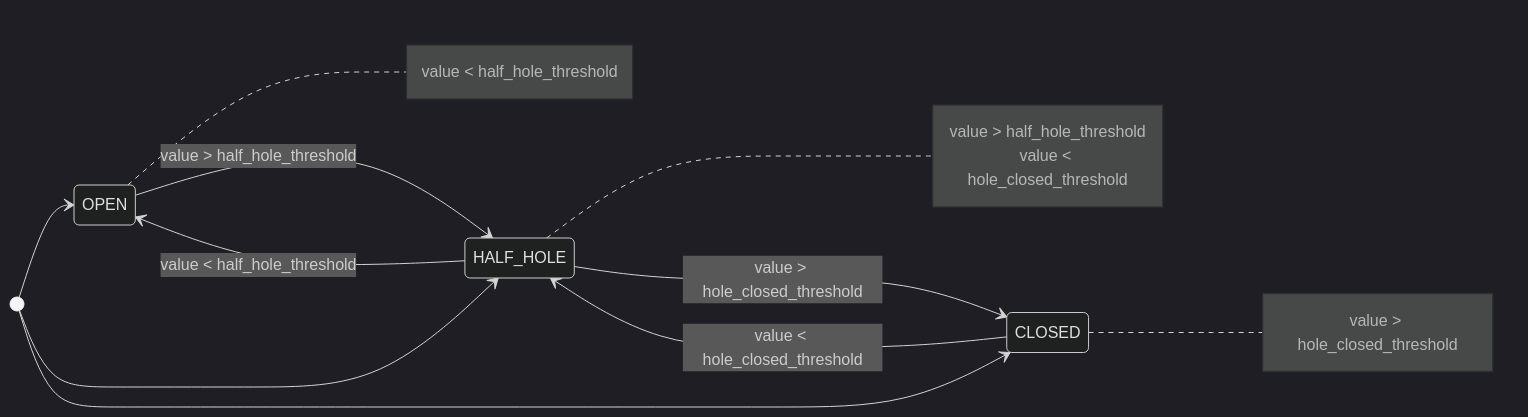
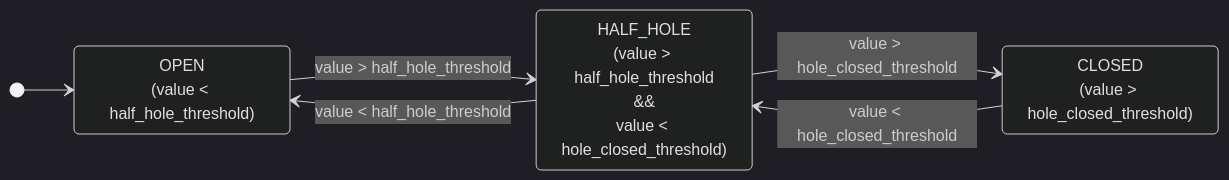
The seventh of 7 diagrams in docs/architecture_diagrams.md (Thibak/PCh), drawn with Mermaid (dark theme) before and after one commit. The commit also changed other lines of this file and 6 other files, not shown here.

````diff
--- a/docs/architecture_diagrams.md
+++ b/docs/architecture_diagrams.md
@@ -244,17 +243,15 @@
 ```mermaid
 stateDiagram
     direction LR
     [*] --> OPEN
-    [*] --> HALF_HOLE
-    [*] --> CLOSED
 
-    note right of OPEN : value < half_hole_threshold
-    note right of HALF_HOLE : value > half_hole_threshold<br/>value < hole_closed_threshold
-    note right of CLOSED : value > hole_closed_threshold
+    OPEN : OPEN<br/>(value < half_hole_threshold)
+    HALF_HOLE : HALF_HOLE<br/>(value > half_hole_threshold<br/>&&<br/>value < hole_closed_threshold)
+    CLOSED : CLOSED<br/>(value > hole_closed_threshold)
 
     OPEN --> HALF_HOLE : value > half_hole_threshold
+    HALF_HOLE --> OPEN : value < half_hole_threshold
+    
     HALF_HOLE --> CLOSED : value > hole_closed_threshold
-    
     CLOSED --> HALF_HOLE : value < hole_closed_threshold
-    HALF_HOLE --> OPEN : value < half_hole_threshold
 ```
````
